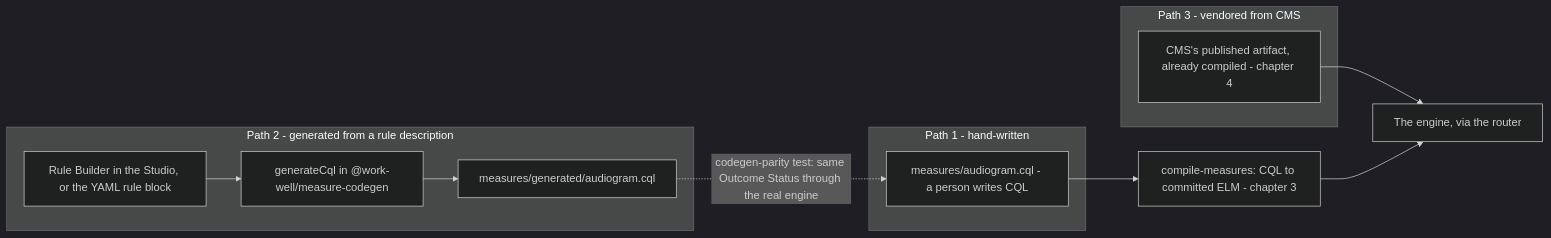
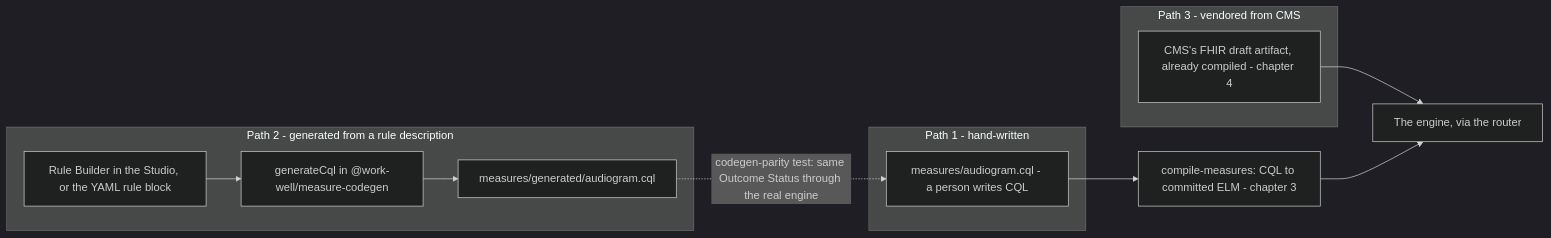
The first of 2 diagrams in docs/guide/02-cql-and-authoring.md (Taleef7/workwell), drawn with Mermaid (dark theme) before and after one commit. The commit also changed other lines of this file and 24 other files, not shown here.

````diff
--- a/docs/guide/02-cql-and-authoring.md
+++ b/docs/guide/02-cql-and-authoring.md
@@ -87,18 +87,18 @@
 ```mermaid
 flowchart LR
   subgraph HAND["Path 1 - hand-written"]
     H1["measures/audiogram.cql - a person writes CQL"]
   end
   subgraph GEN["Path 2 - generated from a rule description"]
     G1["Rule Builder in the Studio, or the YAML rule block"]
     G1 --> G2["generateCql in @work-well/measure-codegen"]
     G2 --> G3["measures/generated/audiogram.cql"]
   end
   subgraph OFF["Path 3 - vendored from CMS"]
-    O1["CMS's published artifact, already compiled - chapter 4"]
+    O1["CMS's FHIR draft artifact, already compiled - chapter 4"]
   end
   H1 --> C["compile-measures: CQL to committed ELM - chapter 3"]
   G3 -. "codegen-parity test: same Outcome Status through the real engine" .-> H1
   O1 --> R["The engine, via the router"]
   C --> R
 ```
````
